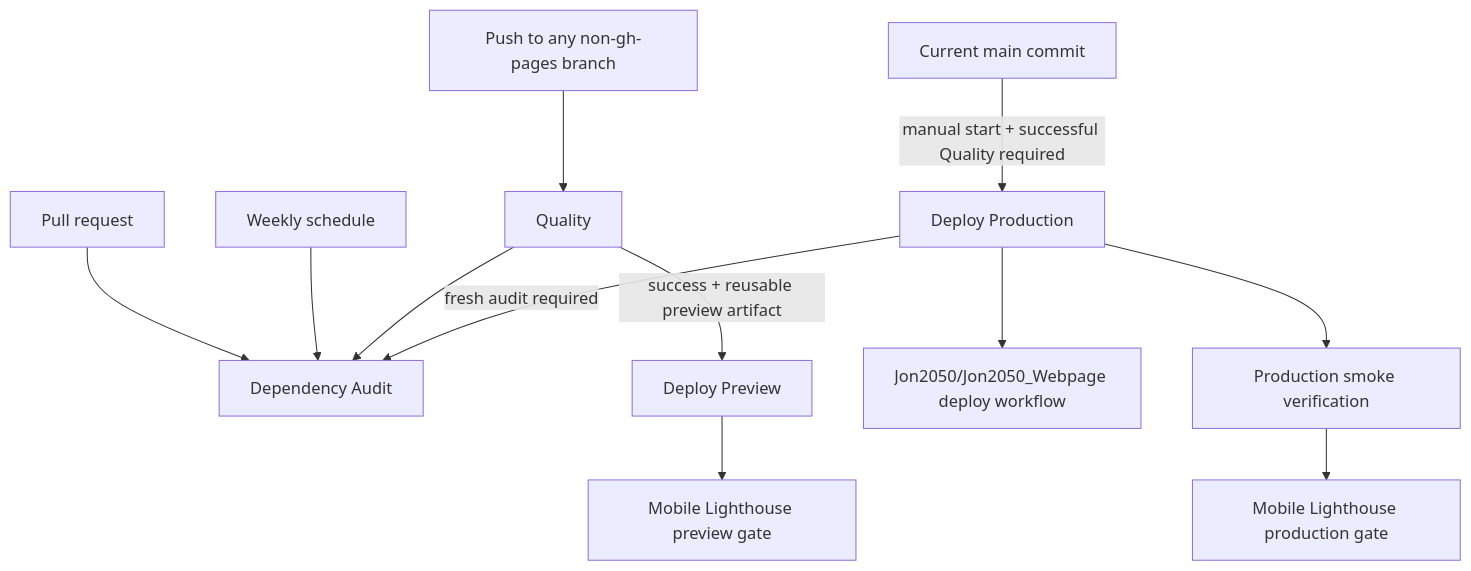
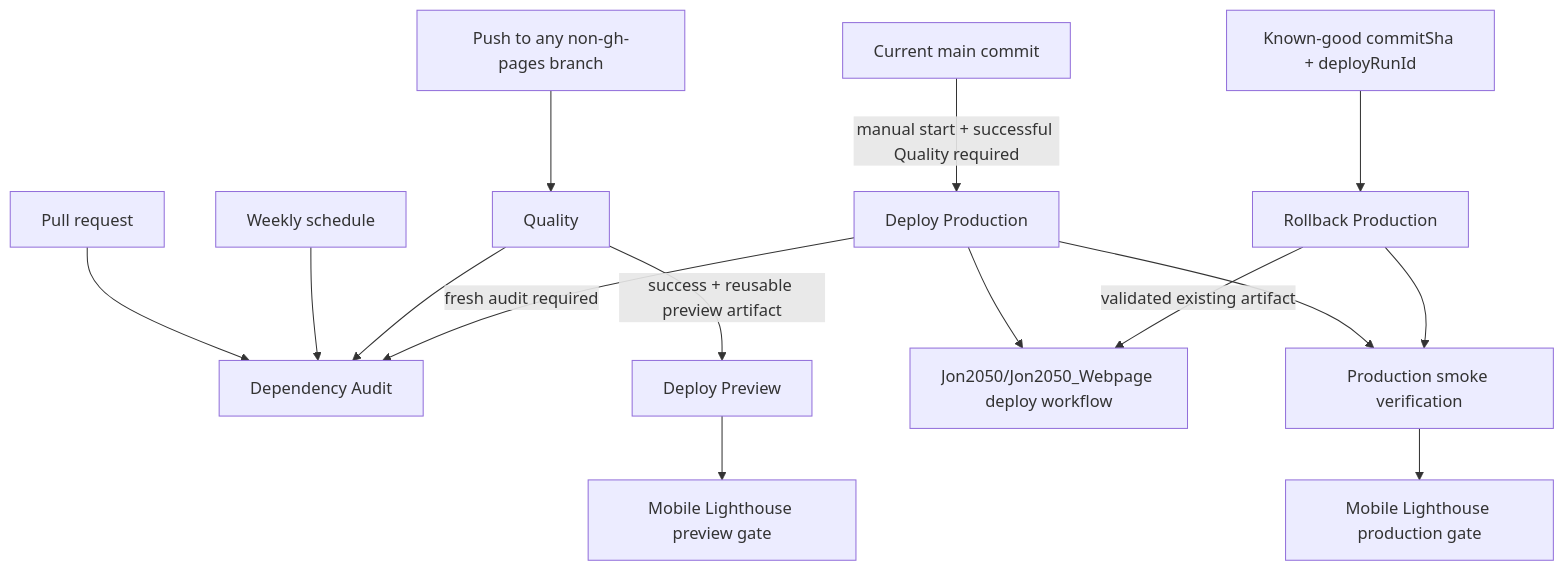
Before and after one commit to Jon2050/Conspectus-Mobile: the diagram in docs/CI-CD-Pipelines.md, drawn with Mermaid. The commit also changed other lines of this file and 14 other files, not shown here.

First line of the commit message:
docs: [M8-09] add deterministic production rollback

````diff
--- a/docs/CI-CD-Pipelines.md
+++ b/docs/CI-CD-Pipelines.md
@@ -20,14 +20,17 @@
 ```mermaid
 flowchart TD
   Push[Push to any non-gh-pages branch] --> Quality[Quality]
   PR[Pull request] --> Audit[Dependency Audit]
   Schedule[Weekly schedule] --> Audit
   Quality --> Audit
   Quality -->|success + reusable preview artifact| Preview[Deploy Preview]
   Preview --> PreviewLighthouse[Mobile Lighthouse preview gate]
   Main[Current main commit] -->|manual start + successful Quality required| Production[Deploy Production]
   Production -->|fresh audit required| Audit
   Production --> Website[Jon2050/Jon2050_Webpage deploy workflow]
   Production --> Smoke[Production smoke verification]
   Smoke --> ProductionLighthouse[Mobile Lighthouse production gate]
+  KnownGood[Known-good commitSha + deployRunId] --> Rollback[Rollback Production]
+  Rollback -->|validated existing artifact| Website
+  Rollback --> Smoke
 ```
````
